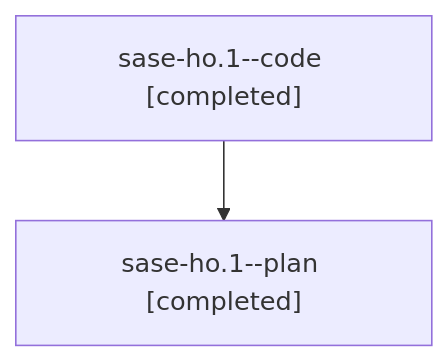
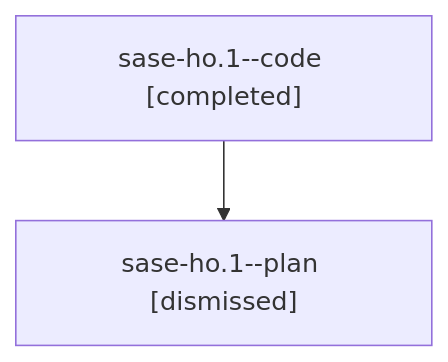
The diagram in families/bbugyi200.athena.sase-ho.1.md (sase-org/sase--agents), drawn with Mermaid before and after one commit. The commit also changed other lines of this file and 1475 other files, not shown here.

````diff
--- a/families/bbugyi200.athena.sase-ho.1.md
+++ b/families/bbugyi200.athena.sase-ho.1.md
@@ -9,6 +9,6 @@
 ```mermaid
 flowchart TD
   n0["sase-ho.1--code [completed]"]
-  n1["sase-ho.1--plan [completed]"]
+  n1["sase-ho.1--plan [dismissed]"]
   n0 --> n1
 ```
````
